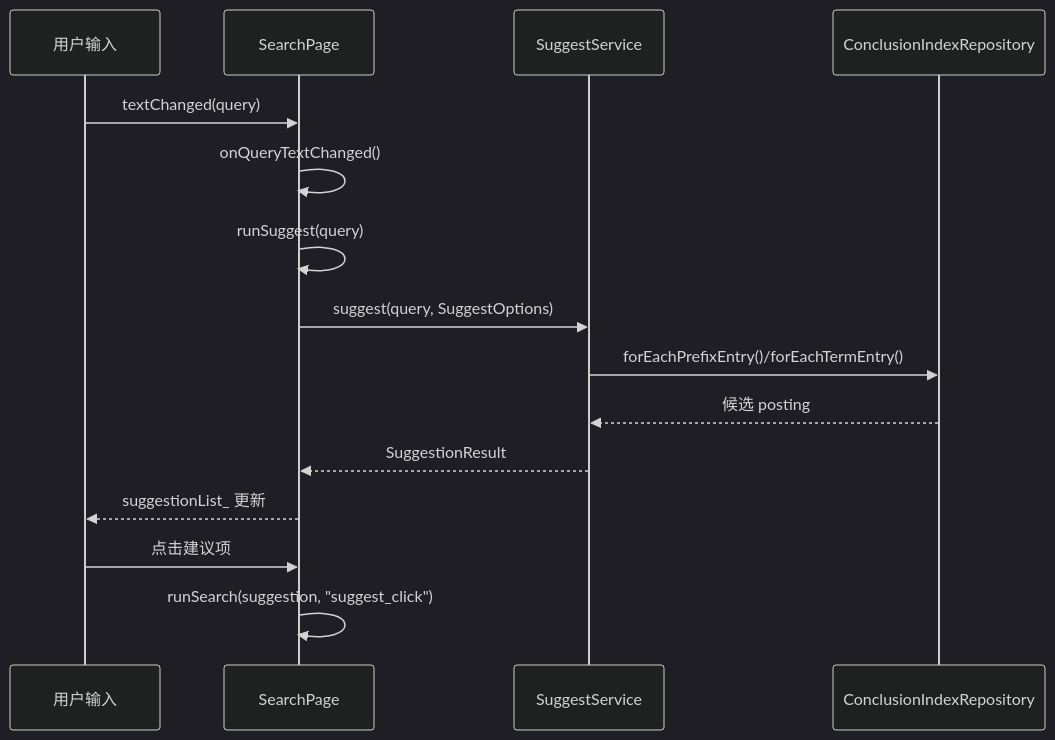
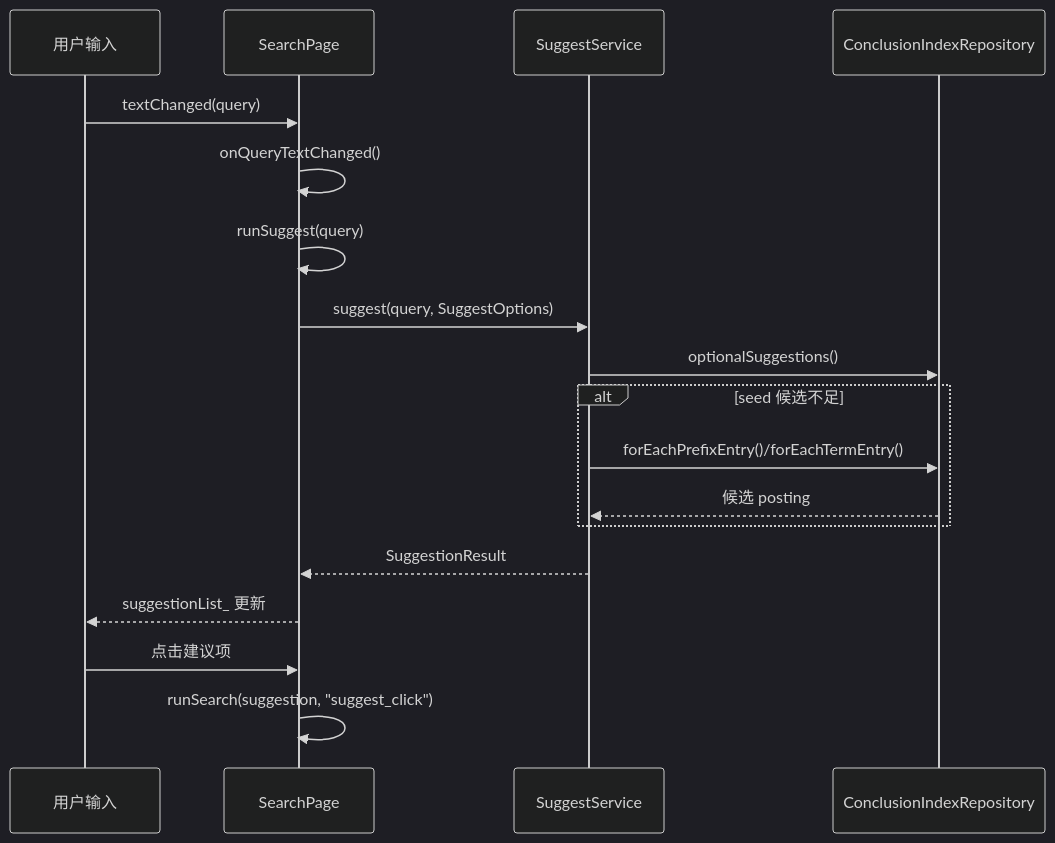
Before and after one commit to yfchenggithub/math_search_win: the second of 9 diagrams in docs/runtime_flow.md, drawn with Mermaid (dark theme). The commit also changed other lines of this file and 9 other files, not shown here.

````diff
--- a/docs/runtime_flow.md
+++ b/docs/runtime_flow.md
@@ -54,18 +54,21 @@
 ```mermaid
 sequenceDiagram
   participant U as 用户输入
   participant SP as SearchPage
   participant SG as SuggestService
   participant IR as ConclusionIndexRepository
 
   U->>SP: textChanged(query)
   SP->>SP: onQueryTextChanged()
   SP->>SP: runSuggest(query)
   SP->>SG: suggest(query, SuggestOptions)
-  SG->>IR: forEachPrefixEntry()/forEachTermEntry()
-  IR-->>SG: 候选 posting
+  SG->>IR: optionalSuggestions()
+  alt seed 候选不足
+    SG->>IR: forEachPrefixEntry()/forEachTermEntry()
+    IR-->>SG: 候选 posting
+  end
   SG-->>SP: SuggestionResult
   SP-->>U: suggestionList_ 更新
   U->>SP: 点击建议项
   SP->>SP: runSearch(suggestion, "suggest_click")
 ```
````
